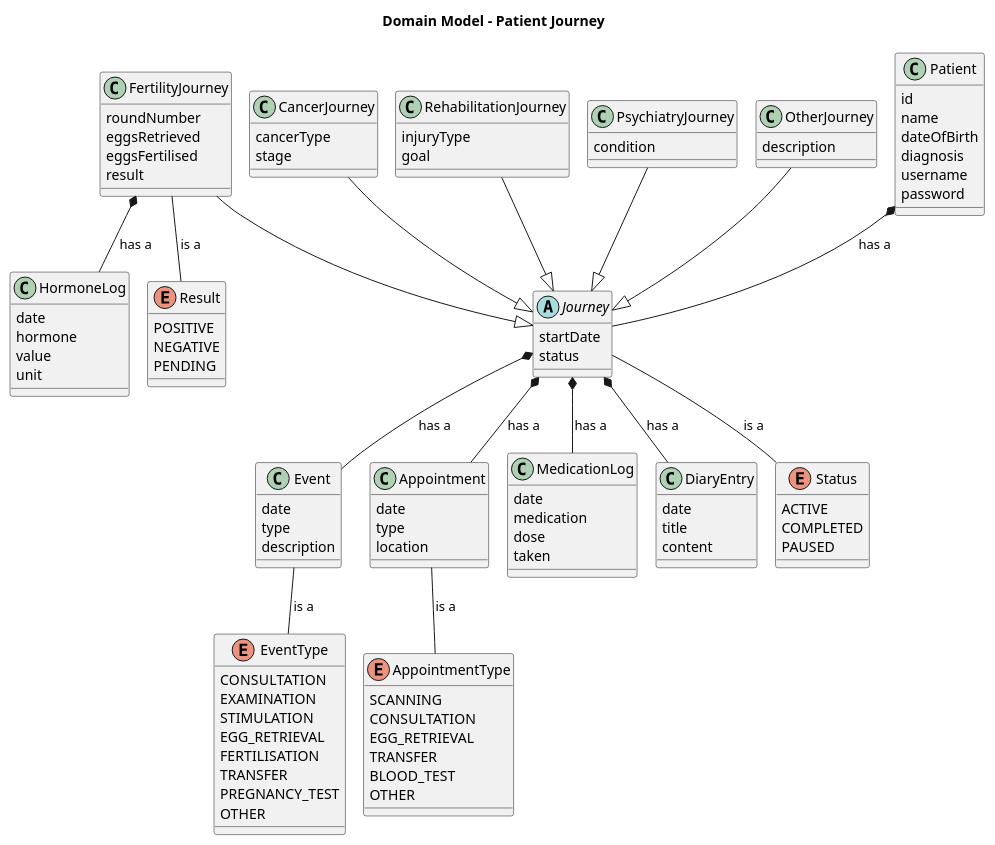
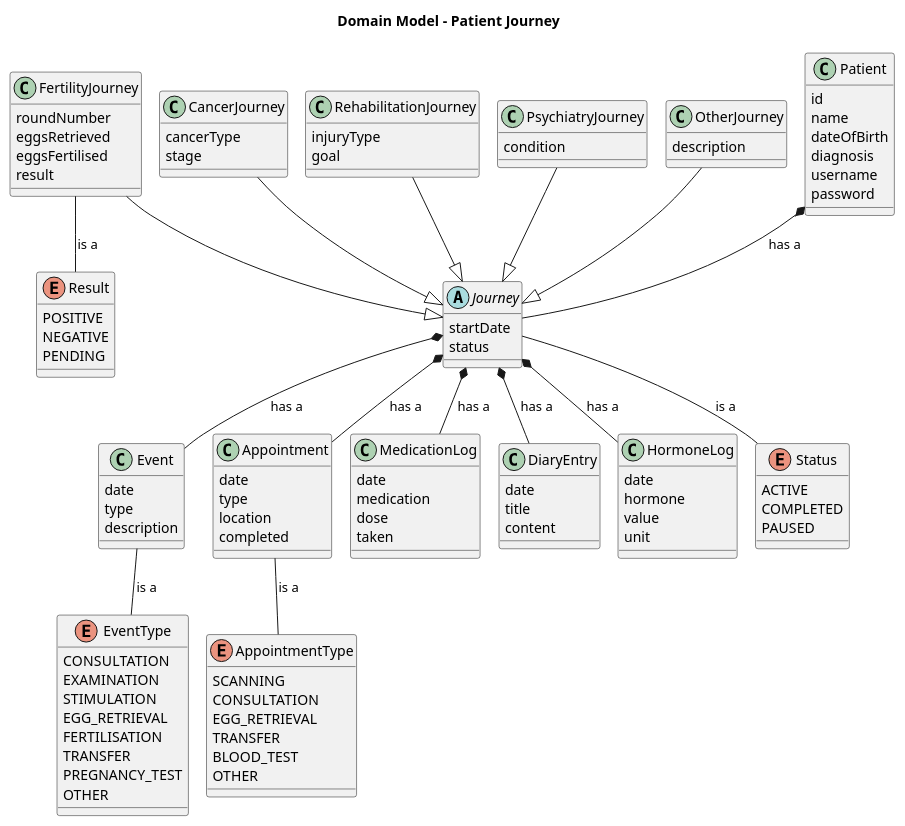
The diagram in doc/static/Domænemodel1.puml (BesimaP/SP4---MiniSP), drawn with PlantUML before and after one commit. The commit also changed 9 other files, not shown here.

Commit message:
klassediagram opdateret, domæne også

```diff
--- a/doc/static/Domænemodel1.puml
+++ b/doc/static/Domænemodel1.puml
@@ -1,130 +1,131 @@
 @startuml
 !pragma layout smetana
 
 title Domain Model - Patient Journey
 
 class Event {
   date
   type
   description
 }
 
 class Appointment {
   date
   type
   location
+  completed
 }
 
 class MedicationLog {
   date
   medication
   dose
   taken
 }
 
 class DiaryEntry {
   date
   title
   content
 }
 
 class HormoneLog {
   date
   hormone
   value
   unit
 }
 
 abstract class Journey {
   startDate
   status
 }
 
 class Patient {
   id
   name
   dateOfBirth
   diagnosis
   username
   password
 }
 
 class FertilityJourney {
   roundNumber
   eggsRetrieved
   eggsFertilised
   result
 }
 
 class CancerJourney {
   cancerType
   stage
 }
 
 class RehabilitationJourney {
   injuryType
   goal
 }
 
 class PsychiatryJourney {
   condition
 }
 
 class OtherJourney {
   description
 }
 
 enum Status {
   ACTIVE
   COMPLETED
   PAUSED
 }
 
 enum Result {
   POSITIVE
   NEGATIVE
   PENDING
 }
 
 enum EventType {
   CONSULTATION
   EXAMINATION
   STIMULATION
   EGG_RETRIEVAL
   FERTILISATION
   TRANSFER
   PREGNANCY_TEST
   OTHER
 }
 
 enum AppointmentType {
   SCANNING
   CONSULTATION
   EGG_RETRIEVAL
   TRANSFER
   BLOOD_TEST
   OTHER
 }
 
 ' Inheritance
 FertilityJourney --|> Journey
 CancerJourney --|> Journey
 RehabilitationJourney --|> Journey
 PsychiatryJourney --|> Journey
 OtherJourney --|> Journey
 
 ' Has a
 Patient *-- Journey : has a
 Journey *-- Event : has a
 Journey *-- Appointment : has a
 Journey *-- MedicationLog : has a
 Journey *-- DiaryEntry : has a
-FertilityJourney *-- HormoneLog : has a
+Journey *-- HormoneLog : has a
 
 ' Is a
 Journey -- Status : is a
 FertilityJourney -- Result : is a
 Event -- EventType : is a
 Appointment -- AppointmentType : is a
 
 @enduml
```
